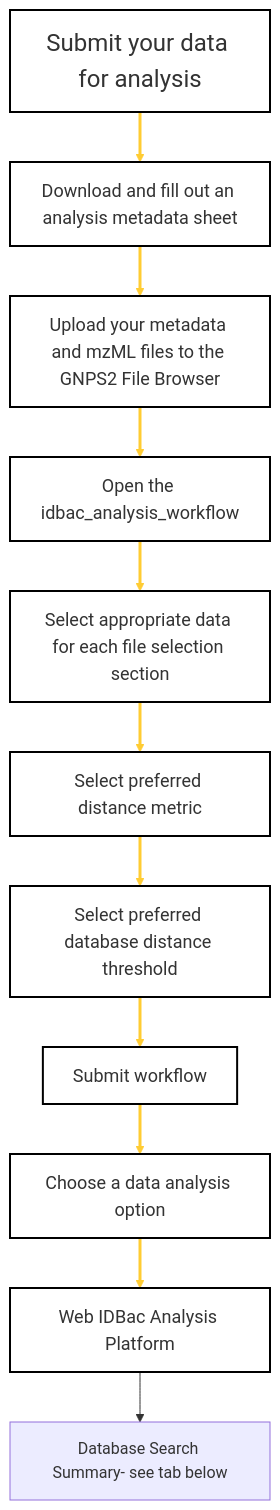
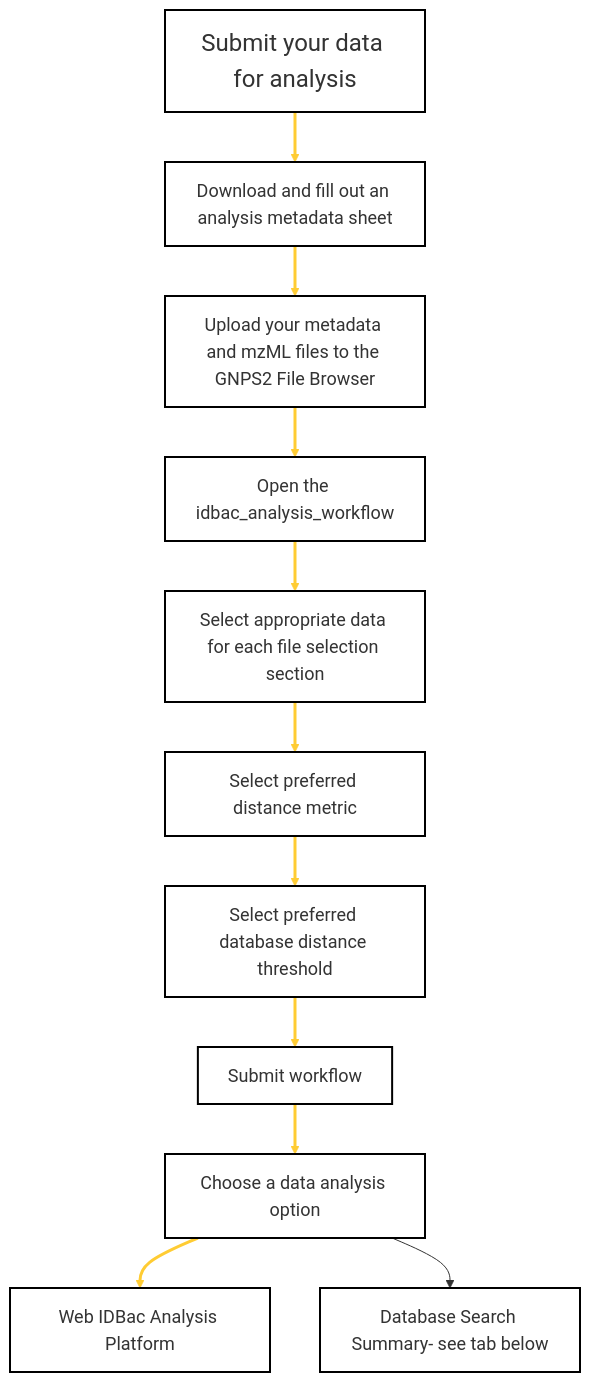
The diagram in docs/idbacanalyzeyourdata.md (Wang-Bioinformatics-Lab/GNPS2_Documentation), drawn with Mermaid before and after one commit.

````diff
--- a/docs/idbacanalyzeyourdata.md
+++ b/docs/idbacanalyzeyourdata.md
@@ -14,47 +14,48 @@
 ```mermaid
 flowchart TD
     A[Submit your data for analysis] --> B[Download and fill out an analysis metadata sheet]
     B --> C[Upload your metadata and mzML files to the GNPS2 File Browser]
     C --> D[Open the idbac_analysis_workflow]
     D --> E[Select appropriate data for each file selection section]
     E --> F[Select preferred distance metric]
     F --> G[Select preferred database distance threshold]
     G --> H[Submit workflow]
     H --> I[Choose a data analysis option]
     I --> J[Web IDBac Analysis Platform]
-    J --> K[Database Search Summary- see tab below]
+    I --> K[Database Search Summary- see tab below]
    
     click B href "https://docs.google.com/spreadsheets/d/1Y7WHrFQR_SYpR_p5u_xL4BQimYorQ3-1PfAfVil3nL0/edit?gid=678327011#gid=678327011"
     click D href "https://gnps2.org/workflowinput?workflowname=idbac_analysis_workflow"
     click J href "https://wang-bioinformatics-lab.github.io/GNPS2_Documentation/idbacanalysisplatform/"
     
 
 
  %% Styling
     style A fill:#FFFFFF,stroke:#000000,stroke-width:2px,font-size:24px
     style B fill:#FFFFFF,stroke:#000000,stroke-width:2px,font-size:18px
     style C fill:#FFFFFF,stroke:#000000,stroke-width:2px,font-size:18px
     style D fill:#FFFFFF,stroke:#000000,stroke-width:2px,font-size:18px
     style E fill:#FFFFFF,stroke:#000000,stroke-width:2px,font-size:18px
     style F fill:#FFFFFF,stroke:#000000,stroke-width:2px,font-size:18px
     style G fill:#FFFFFF,stroke:#000000,stroke-width:2px,font-size:18px
     style H fill:#FFFFFF,stroke:#000000,stroke-width:2px,font-size:18px
     style I fill:#FFFFFF,stroke:#000000,stroke-width:2px,font-size:18px
     style J fill:#FFFFFF,stroke:#000000,stroke-width:2px,font-size:18px
+    style K fill:#FFFFFF,stroke:#000000,stroke-width:2px,font-size:18px
     
 
 %% Link Styling
     linkStyle 0 stroke:#ffcc33,stroke-width:3px
     linkStyle 1 stroke:#ffcc33,stroke-width:3px
     linkStyle 2 stroke:#ffcc33,stroke-width:3px
     linkStyle 3 stroke:#ffcc33,stroke-width:3px
     linkStyle 4 stroke:#ffcc33,stroke-width:3px
     linkStyle 5 stroke:#ffcc33,stroke-width:3px
     linkStyle 6 stroke:#ffcc33,stroke-width:3px
     linkStyle 7 stroke:#ffcc33,stroke-width:3px
     linkStyle 8 stroke:#ffcc33,stroke-width:3px
   
     
    
 
 ```
````
